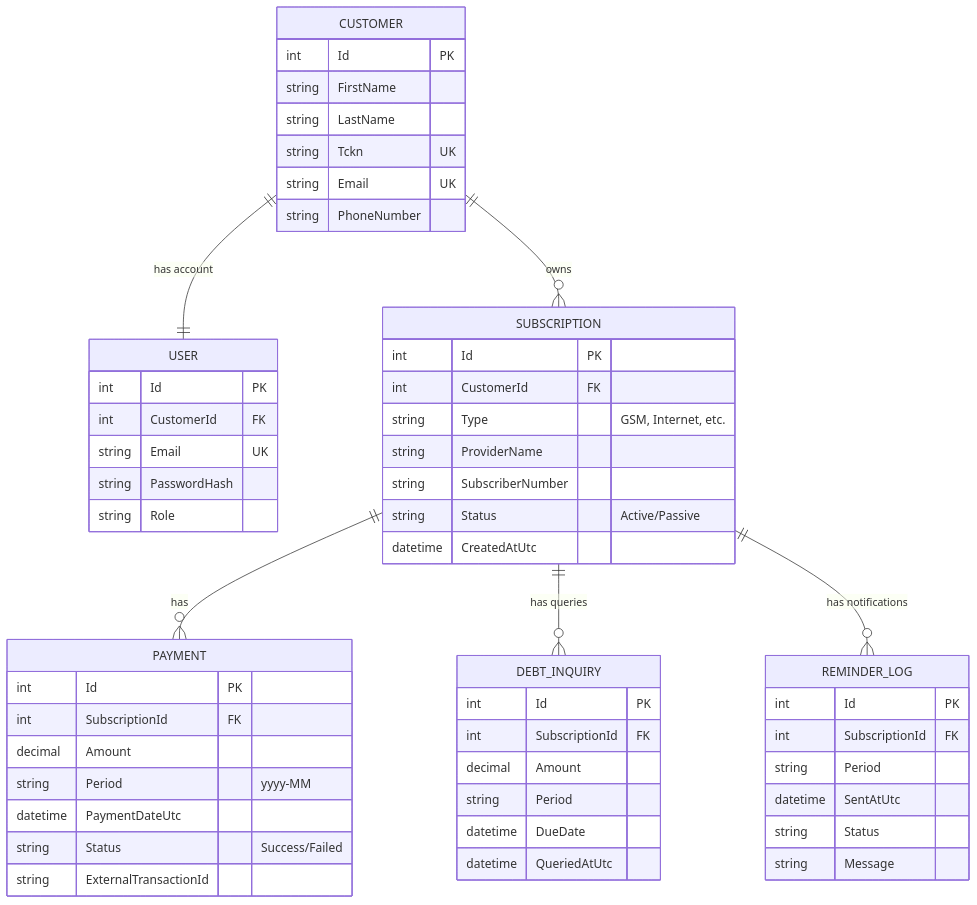
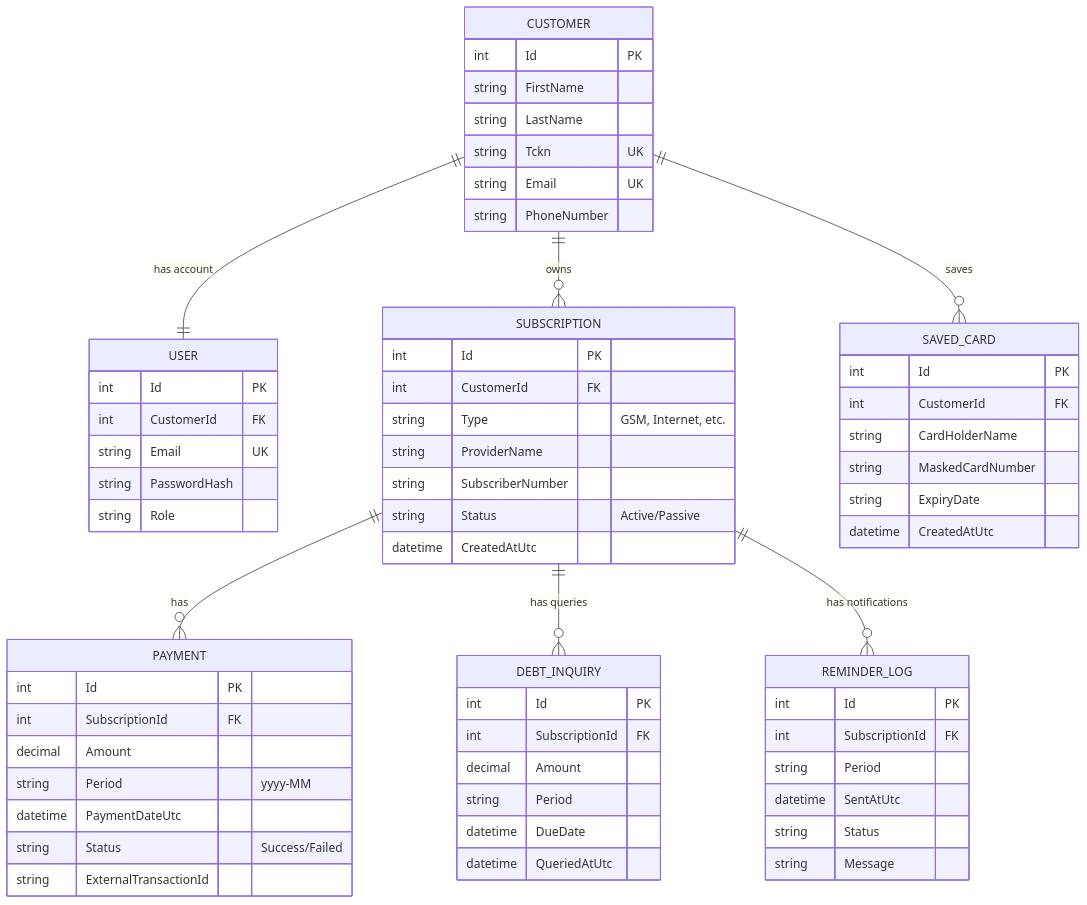
Before and after one commit to Abxs11/SubscriptionReminderApp: the first of 2 diagrams in PROJECT_DOCS.md, drawn with Mermaid. The commit also changed 18 other files, not shown here.

Commit message:
feat: Add Saved Cards feature and update ER diagram

````diff
--- a/PROJECT_DOCS.md
+++ b/PROJECT_DOCS.md
@@ -11,63 +11,73 @@
 ```mermaid
 erDiagram
     CUSTOMER ||--|| USER : "has account"
     CUSTOMER ||--o{ SUBSCRIPTION : "owns"
+    CUSTOMER ||--o{ SAVED_CARD : "saves"
     SUBSCRIPTION ||--o{ PAYMENT : "has"
     SUBSCRIPTION ||--o{ DEBT_INQUIRY : "has queries"
     SUBSCRIPTION ||--o{ REMINDER_LOG : "has notifications"
 
     CUSTOMER {
         int Id PK
         string FirstName
         string LastName
         string Tckn UK
         string Email UK
         string PhoneNumber
+    }
+
+    SAVED_CARD {
+        int Id PK
+        int CustomerId FK
+        string CardHolderName
+        string MaskedCardNumber
+        string ExpiryDate
+        datetime CreatedAtUtc
     }
 
     USER {
         int Id PK
         int CustomerId FK
         string Email UK
         string PasswordHash
         string Role
     }
 
     SUBSCRIPTION {
         int Id PK
         int CustomerId FK
         string Type "GSM, Internet, etc."
         string ProviderName
         string SubscriberNumber
         string Status "Active/Passive"
         datetime CreatedAtUtc
     }
 
     PAYMENT {
         int Id PK
         int SubscriptionId FK
         decimal Amount
         string Period "yyyy-MM"
         datetime PaymentDateUtc
         string Status "Success/Failed"
         string ExternalTransactionId
     }
 
     DEBT_INQUIRY {
         int Id PK
         int SubscriptionId FK
         decimal Amount
         string Period
         datetime DueDate
         datetime QueriedAtUtc
     }
 
     REMINDER_LOG {
         int Id PK
         int SubscriptionId FK
         string Period
         datetime SentAtUtc
         string Status
         string Message
     }
 ```
````
